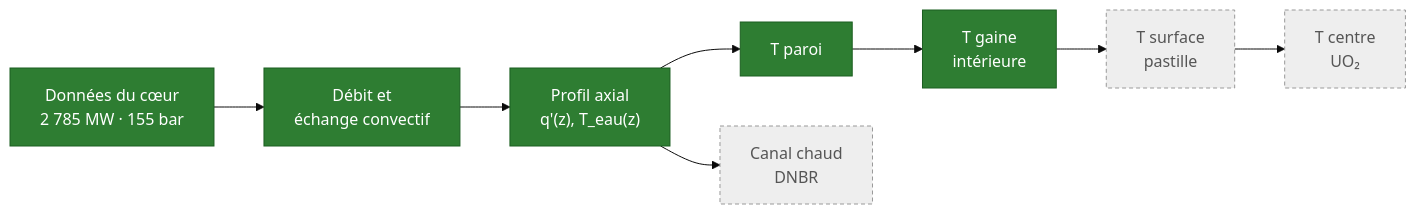
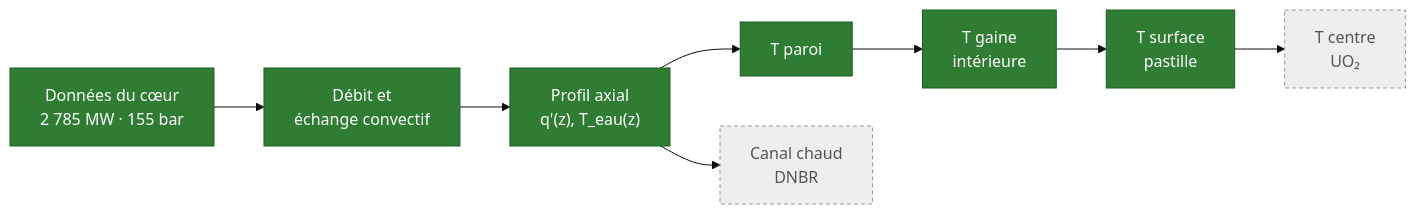
Before and after one commit to laure-dauthieu/Projet-thermo-hydraulique: the diagram in README.md, drawn with Mermaid (base theme). The commit also changed other lines of this file and 2 other files, not shown here.

````diff
--- a/README.md
+++ b/README.md
@@ -59,15 +59,15 @@
 ```mermaid
 flowchart LR
     A["Données du cœur<br/>2 785 MW · 155 bar"] --> B["Débit et<br/>échange convectif"]
     B --> C["Profil axial<br/>q'(z), T_eau(z)"]
     C --> D["T paroi"]
     D --> E["T gaine<br/>intérieure"]
     E --> F["T surface<br/>pastille"]
     F --> G["T centre<br/>UO₂"]
     C --> H["Canal chaud<br/>DNBR"]
 
     classDef done fill:#2e7d32,color:#fff,stroke:#1b5e20
     classDef todo fill:#eeeeee,color:#555,stroke:#999,stroke-dasharray:4 3
-    class A,B,C,D,E done
-    class F,G,H todo
+    class A,B,C,D,E,F done
+    class G,H todo
 ```
````
